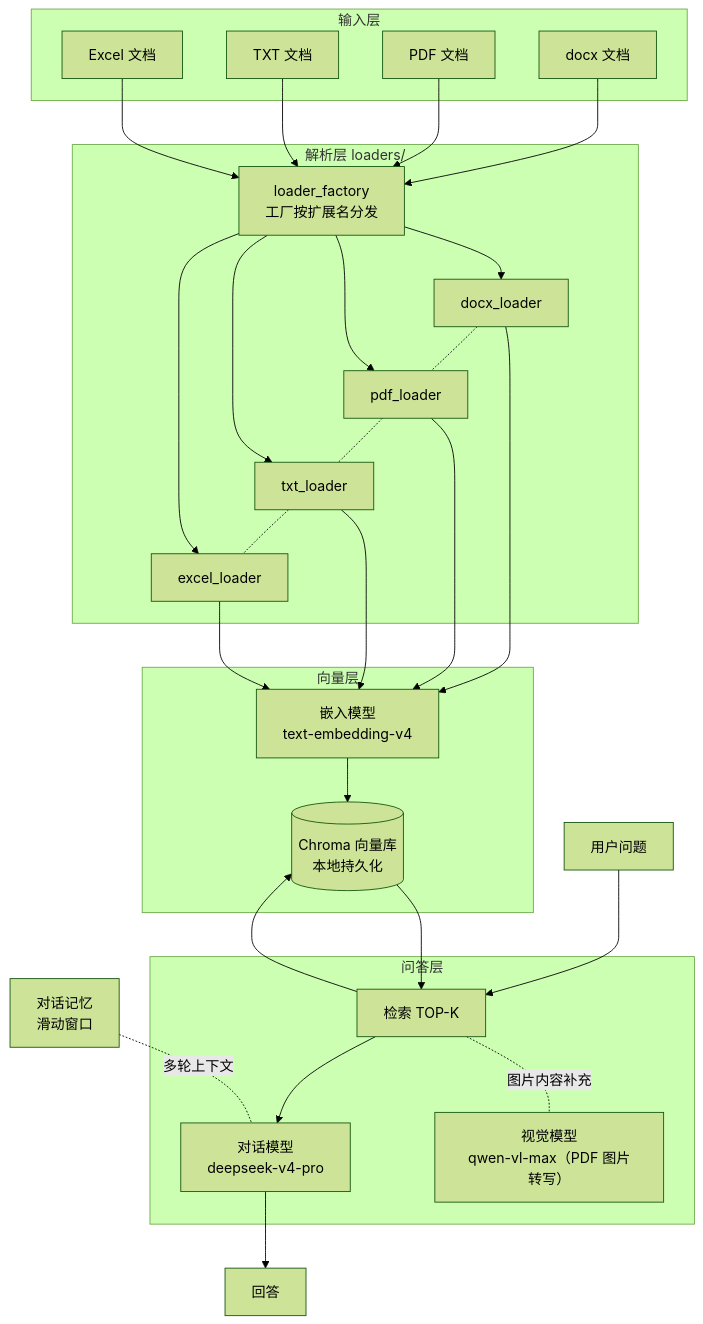
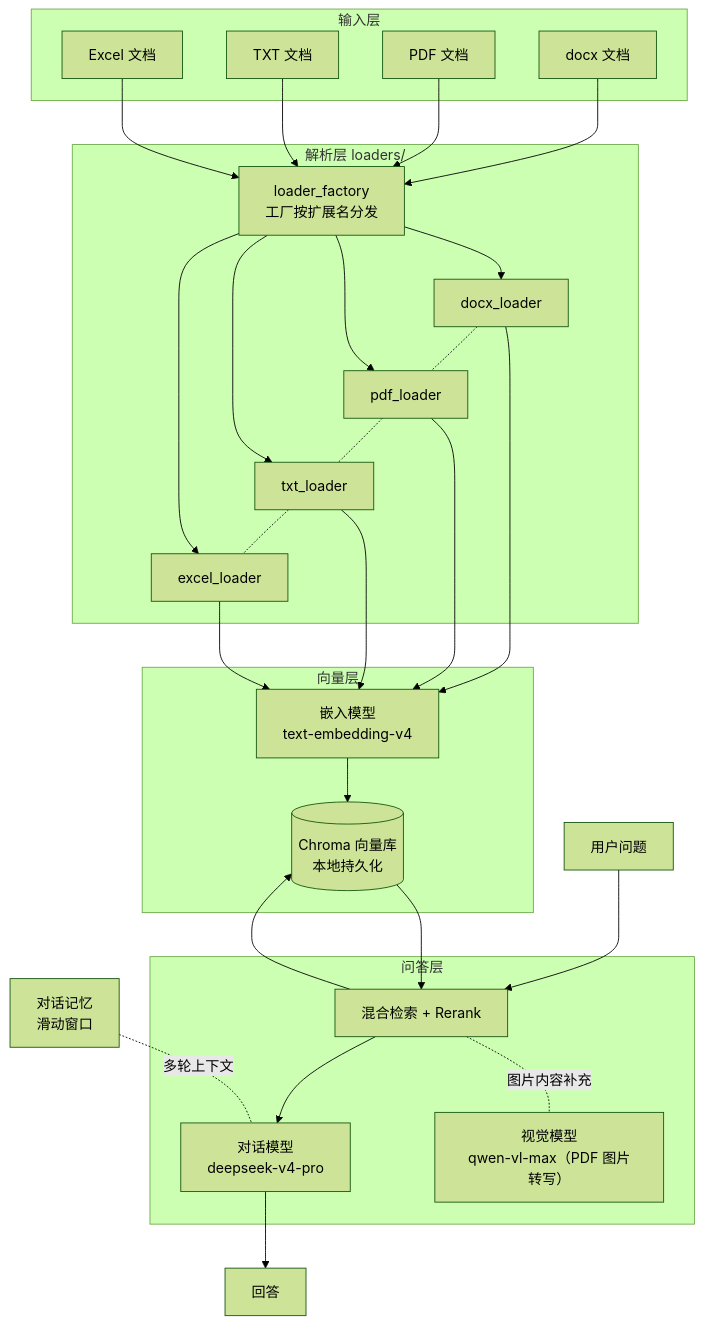
One commit to Olvenint/multi-format-rag changed the diagram in README.md. Above: the diagram before and after it, drawn with Mermaid (forest theme). The commit also changed other lines of this file and 7 other files, not shown here.

First line of the commit message:
feat: 检索增强（混合检索 BM25+RRF、查询改写、Rerank 精排）

````diff
--- a/README.md
+++ b/README.md
@@ -29,32 +32,32 @@
 ```mermaid
 flowchart TB
     subgraph IN["输入层"]
         D1["docx 文档"] & D2["PDF 文档"] & D3["TXT 文档"] & D4["Excel 文档"]
     end
 
     subgraph LD["解析层 loaders/"]
         F["loader_factory<br/>工厂按扩展名分发"]
         L1["docx_loader"] & L2["pdf_loader"] & L3["txt_loader"] & L4["excel_loader"]
         L1 -.- L2 -.- L3 -.- L4
     end
 
     subgraph ST["向量层"]
         E["嵌入模型<br/>text-embedding-v4"]
         C[("Chroma 向量库<br/>本地持久化")]
     end
 
     subgraph QA["问答层"]
-        R["检索 TOP-K"]
+        R["混合检索 + Rerank"]
         M["对话模型<br/>deepseek-v4-pro"]
         V["视觉模型<br/>qwen-vl-max（PDF 图片转写）"]
     end
 
     D1 & D2 & D3 & D4 --> F
     F --> L1 & L2 & L3 & L4
     L1 & L2 & L3 & L4 --> E --> C
 
     U["用户问题"] --> R --> C
     C --> R --> M --> A["回答"]
     R -.图片内容补充.- V
     MEM["对话记忆<br/>滑动窗口"] -.多轮上下文.- M
 ```
````
